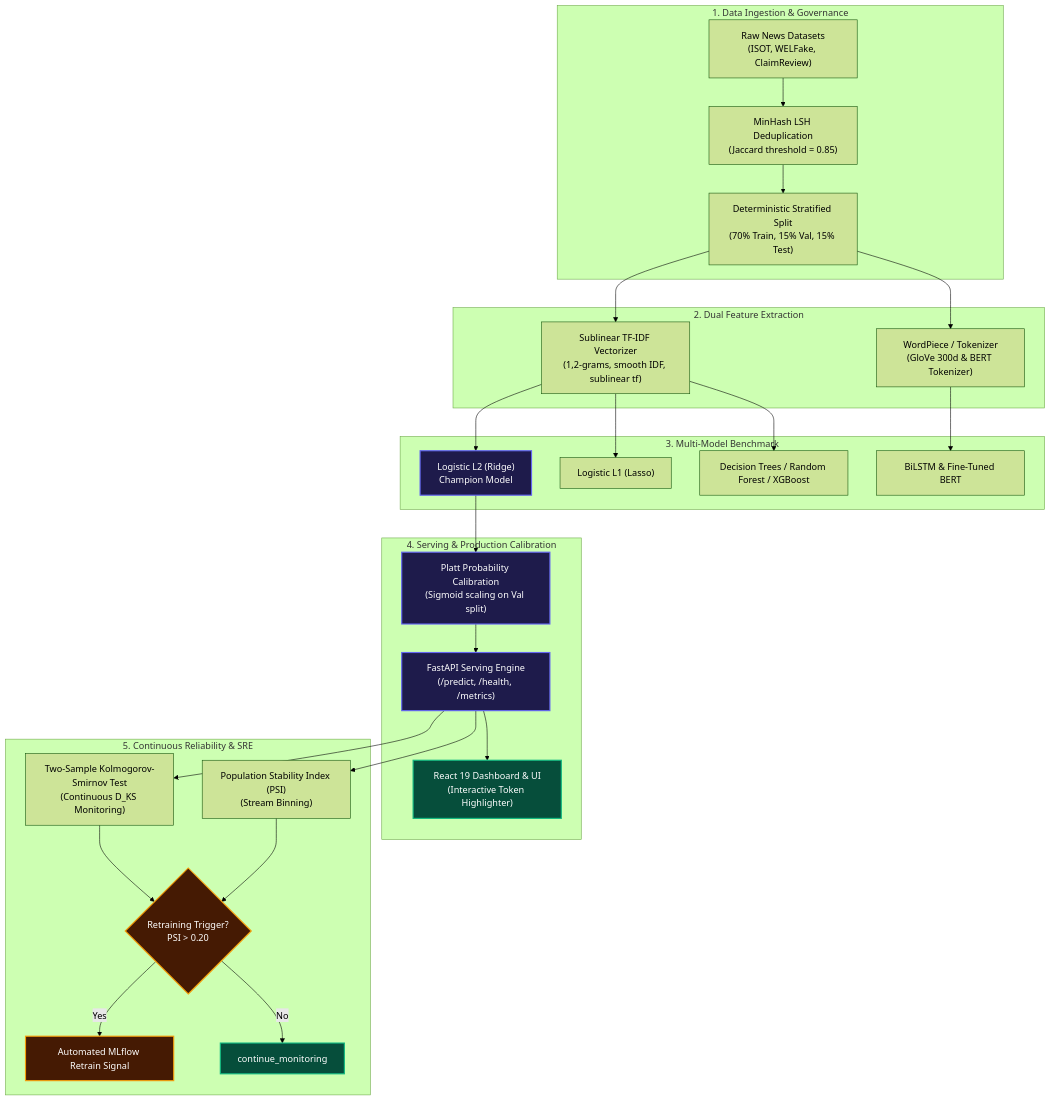
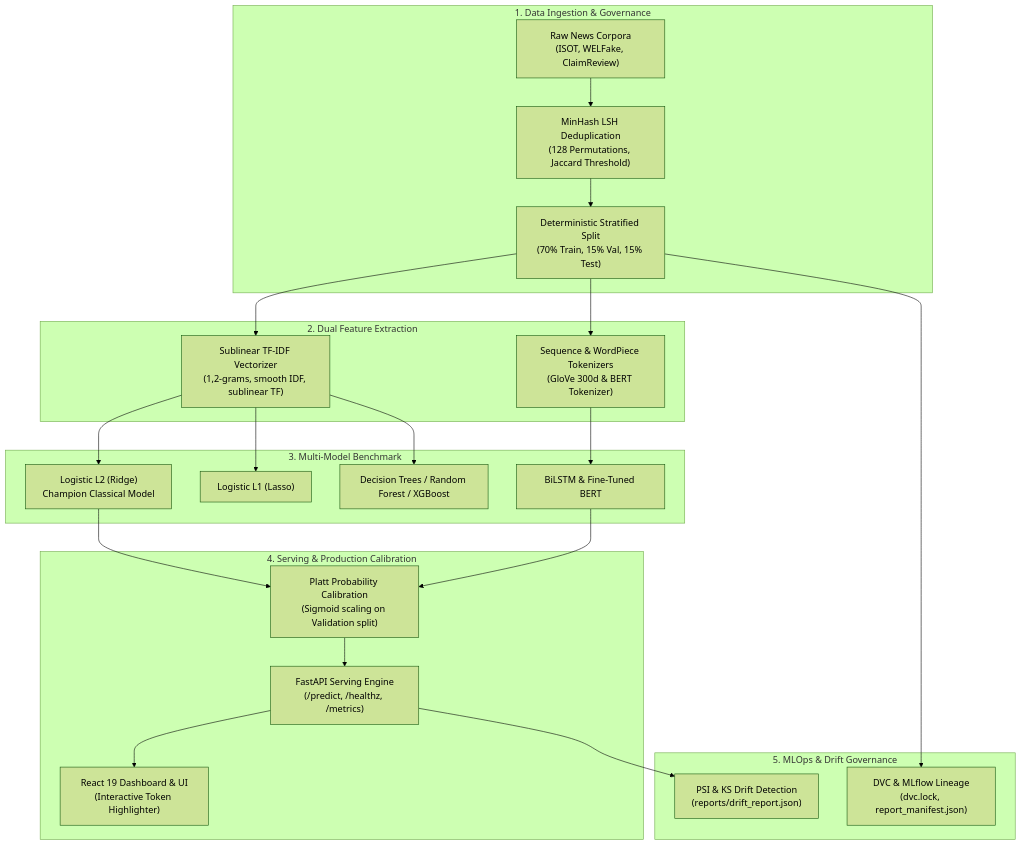
Before and after one commit to tejaswin-amara/Fake-News-Detection-Using-NLP-LSTM-and-BERT-Transformer-Models: the fourth of 4 diagrams in README.md, drawn with Mermaid (forest theme). The commit also changed other lines of this file and 1 other file, not shown here.

````diff
--- a/README.md
+++ b/README.md
@@ -214,41 +165,31 @@
 ```mermaid
 flowchart TD
     subgraph Data["1. Data Ingestion & Governance"]
-        Raw["Raw News Datasets<br/>(ISOT, WELFake, ClaimReview)"] --> MinHash["MinHash LSH Deduplication<br/>(Jaccard threshold = 0.85)"]
+        Raw["Raw News Corpora<br/>(ISOT, WELFake, ClaimReview)"] --> MinHash["MinHash LSH Deduplication<br/>(128 Permutations, Jaccard Threshold)"]
         MinHash --> Split["Deterministic Stratified Split<br/>(70% Train, 15% Val, 15% Test)"]
     end
 
     subgraph Feat["2. Dual Feature Extraction"]
-        Split --> TFIDF["Sublinear TF-IDF Vectorizer<br/>(1,2-grams, smooth IDF, sublinear tf)"]
-        Split --> Tokens["WordPiece / Tokenizer<br/>(GloVe 300d & BERT Tokenizer)"]
+        Split --> TFIDF["Sublinear TF-IDF Vectorizer<br/>(1,2-grams, smooth IDF, sublinear TF)"]
+        Split --> Tokens["Sequence & WordPiece Tokenizers<br/>(GloVe 300d & BERT Tokenizer)"]
     end
 
     subgraph Models["3. Multi-Model Benchmark"]
-        TFIDF --> L2["Logistic L2 (Ridge)<br/>Champion Model"]
+        TFIDF --> L2["Logistic L2 (Ridge)<br/>Champion Classical Model"]
         TFIDF --> L1["Logistic L1 (Lasso)"]
         TFIDF --> Trees["Decision Trees / Random Forest / XGBoost"]
         Tokens --> DL["BiLSTM & Fine-Tuned BERT"]
     end
 
     subgraph Serving["4. Serving & Production Calibration"]
-        L2 --> Platt["Platt Probability Calibration<br/>(Sigmoid scaling on Val split)"]
-        Platt --> API["FastAPI Serving Engine<br/>(/predict, /health, /metrics)"]
+        L2 --> Platt["Platt Probability Calibration<br/>(Sigmoid scaling on Validation split)"]
+        DL --> Platt
+        Platt --> API["FastAPI Serving Engine<br/>(/predict, /healthz, /metrics)"]
         API --> Dashboard["React 19 Dashboard & UI<br/>(Interactive Token Highlighter)"]
     end
 
-    subgraph SRE["5. Continuous Reliability & SRE"]
-        API --> KS["Two-Sample Kolmogorov-Smirnov Test<br/>(Continuous D_KS Monitoring)"]
-        API --> PSI["Population Stability Index (PSI)<br/>(Stream Binning)"]
-        KS --> Alert{"Retraining Trigger?<br/>PSI > 0.20"}
-        PSI --> Alert
-        Alert -- "Yes" --> Retrain["Automated MLflow Retrain Signal"]
-        Alert -- "No" --> OK["continue_monitoring"]
+    subgraph Monitoring["5. MLOps & Drift Governance"]
+        API --> Drift["PSI & KS Drift Detection<br/>(reports/drift_report.json)"]
+        Split --> Lineage["DVC & MLflow Lineage<br/>(dvc.lock, report_manifest.json)"]
     end
-
-    classDef primary fill:#1e1b4b,stroke:#6366f1,stroke-width:2px,color:#fff;
-    classDef success fill:#064e3b,stroke:#10b981,stroke-width:2px,color:#fff;
-    classDef warn fill:#451a03,stroke:#f59e0b,stroke-width:2px,color:#fff;
-    class L2,Platt,API primary;
-    class OK,Dashboard success;
-    class Alert,Retrain warn;
 ```
````
